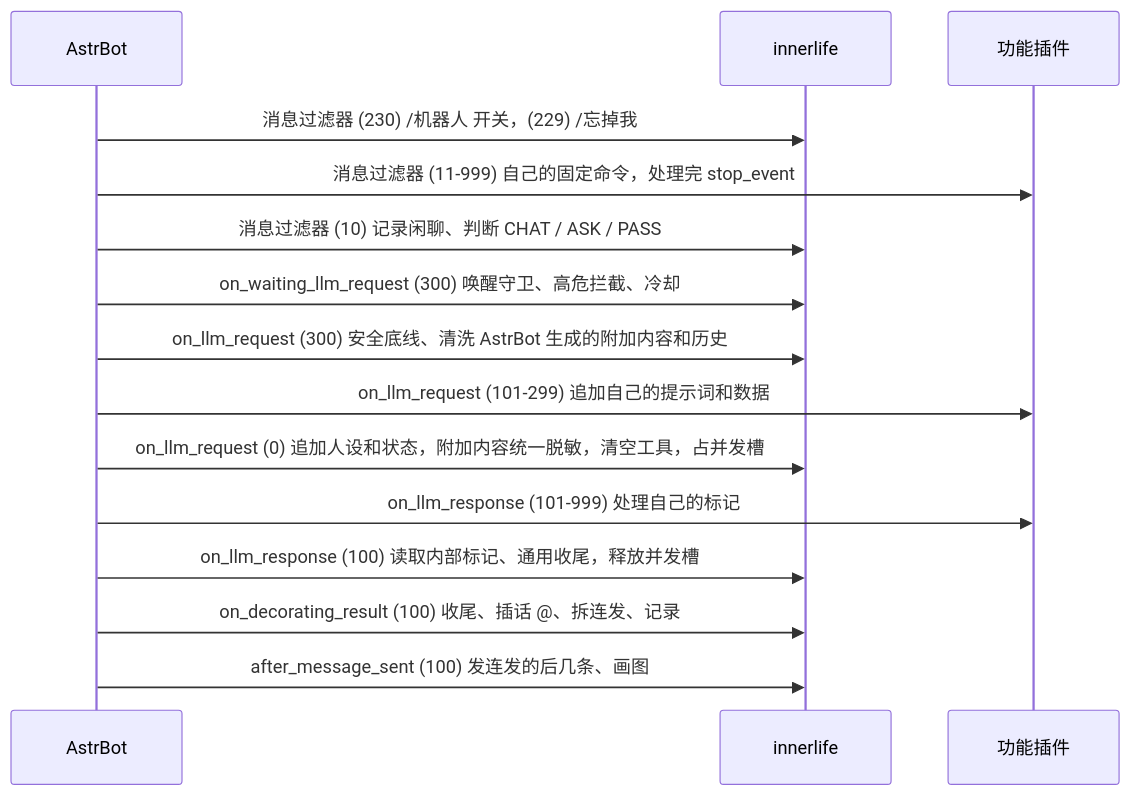
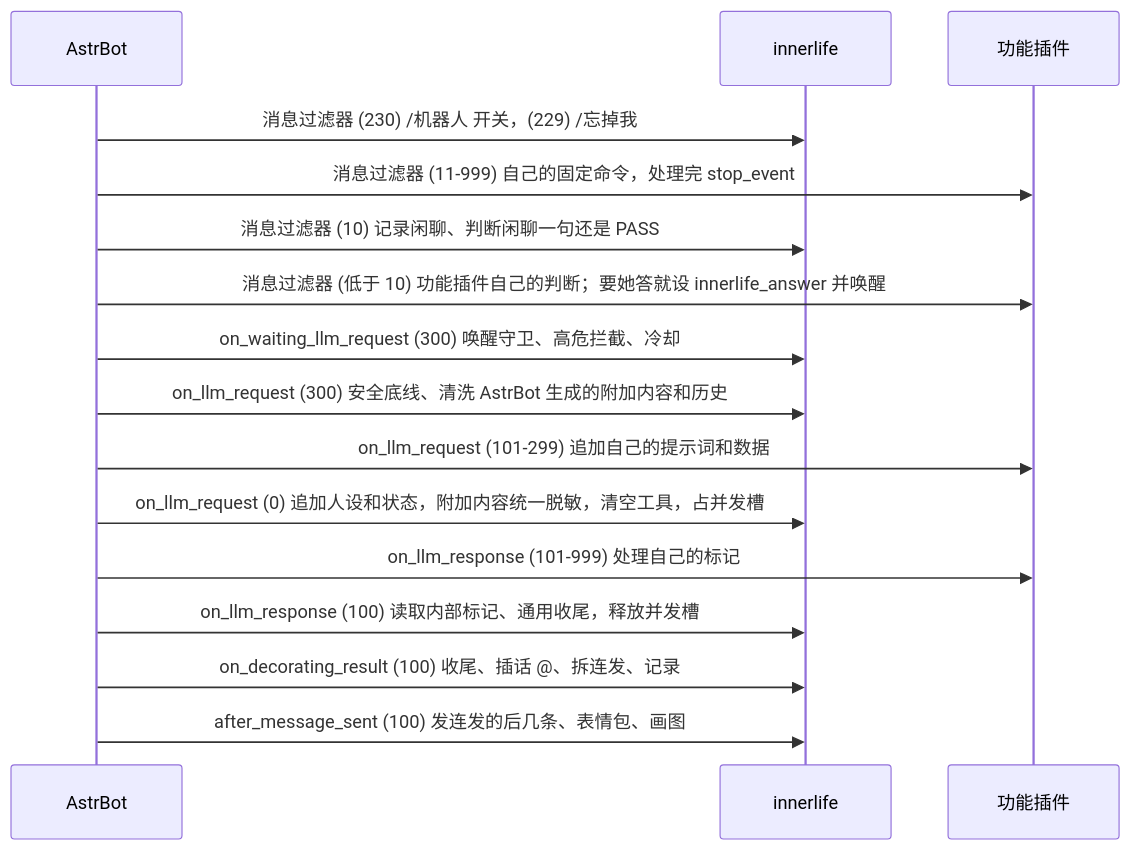
The diagram in docs/design.md (DawnJson/astrbot_plugin_innerlife), drawn with Mermaid before and after one commit. The commit also changed other lines of this file and 14 other files, not shown here.

Commit message:
innerlife 0.6.0: answering moves to plugins (innerlife_answer, her_lines), stickers

````diff
--- a/docs/design.md
+++ b/docs/design.md
@@ -37,17 +38,18 @@
 ```mermaid
 sequenceDiagram
     participant A as AstrBot
     participant I as innerlife
     participant D as 功能插件
     A->>I: 消息过滤器 (230) /机器人 开关，(229) /忘掉我
     A->>D: 消息过滤器 (11-999) 自己的固定命令，处理完 stop_event
-    A->>I: 消息过滤器 (10) 记录闲聊、判断 CHAT / ASK / PASS
+    A->>I: 消息过滤器 (10) 记录闲聊、判断闲聊一句还是 PASS
+    A->>D: 消息过滤器 (低于 10) 功能插件自己的判断；要她答就设 innerlife_answer 并唤醒
     A->>I: on_waiting_llm_request (300) 唤醒守卫、高危拦截、冷却
     A->>I: on_llm_request (300) 安全底线、清洗 AstrBot 生成的附加内容和历史
     A->>D: on_llm_request (101-299) 追加自己的提示词和数据
     A->>I: on_llm_request (0) 追加人设和状态，附加内容统一脱敏，清空工具，占并发槽
     A->>D: on_llm_response (101-999) 处理自己的标记
     A->>I: on_llm_response (100) 读取内部标记、通用收尾，释放并发槽
     A->>I: on_decorating_result (100) 收尾、插话 @、拆连发、记录
-    A->>I: after_message_sent (100) 发连发的后几条、画图
+    A->>I: after_message_sent (100) 发连发的后几条、表情包、画图
 ```
````
